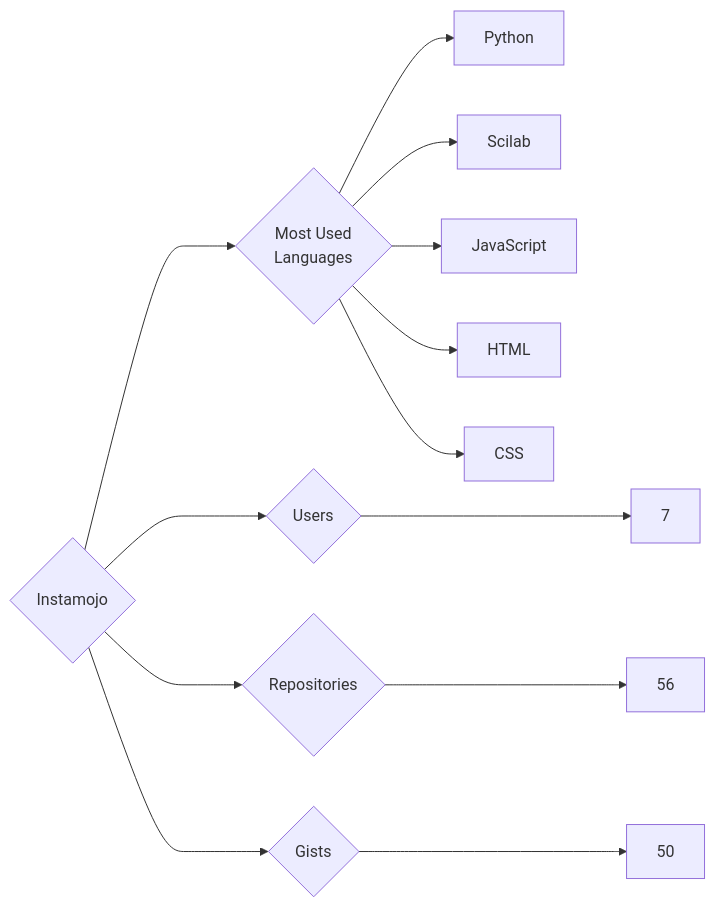
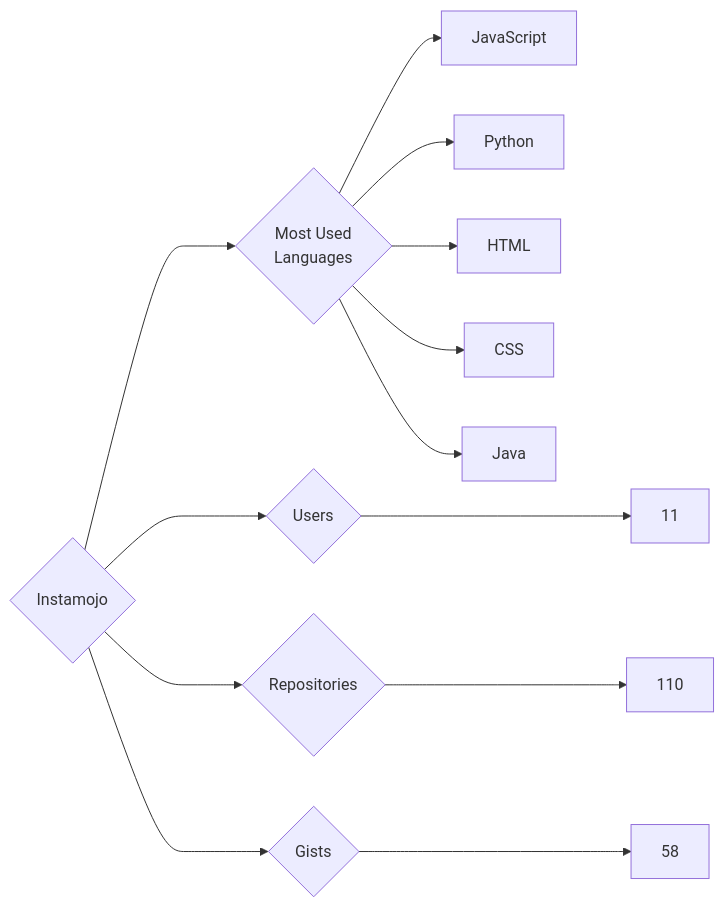
The diagram in targets/Instamojo/README.md (trickest/insiders), drawn with Mermaid before and after one commit. The commit also changed 786 other files, not shown here.

````diff
--- a/targets/Instamojo/README.md
+++ b/targets/Instamojo/README.md
@@ -3,13 +3,13 @@
 ```mermaid
 graph LR
 COMPANY_NAME{Instamojo}
-COMPANY_NAME ---> U{Users} ---> UN[7]
-COMPANY_NAME ---> R{Repositories} ---> RN[56]
-COMPANY_NAME ---> G{Gists} ---> GN[50]
+COMPANY_NAME ---> U{Users} ---> UN[11]
+COMPANY_NAME ---> R{Repositories} ---> RN[110]
+COMPANY_NAME ---> G{Gists} ---> GN[58]
 COMPANY_NAME ---> ML{Most Used<br>Languages}
+ML --> JavaScript[JavaScript]
 ML --> Python[Python]
-ML --> Scilab[Scilab]
-ML --> JavaScript[JavaScript]
 ML --> HTML[HTML]
 ML --> CSS[CSS]
+ML --> Java[Java]
 ```
````
